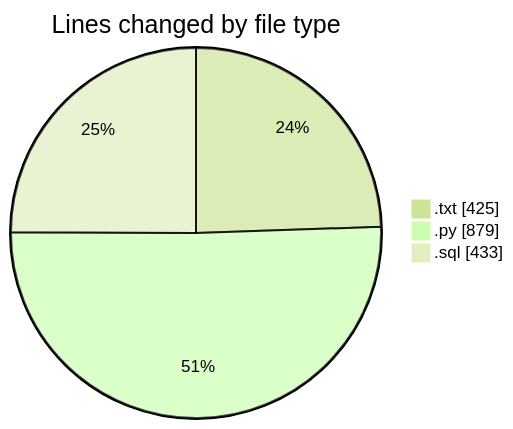
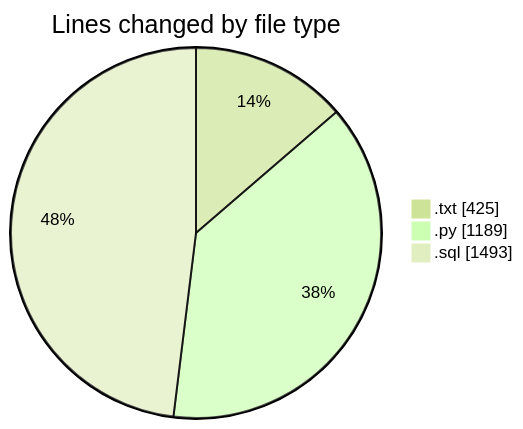
One commit to lephambinh05/code-tracking changed the first of 2 diagrams in 2025-09-16/datanv/README.md. Above: the diagram before and after it, drawn with Mermaid (forest theme). The commit also changed other lines of this file and 1 other file, not shown here.

````diff
--- a/2025-09-16/datanv/README.md
+++ b/2025-09-16/datanv/README.md
@@ -31,7 +35,7 @@
 ```mermaid
 pie showData
 title Lines changed by file type
 ".txt" : 425
-".py" : 879
-".sql" : 433
+".py" : 1189
+".sql" : 1493
 ```
````
